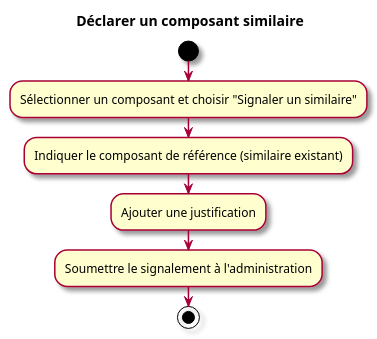
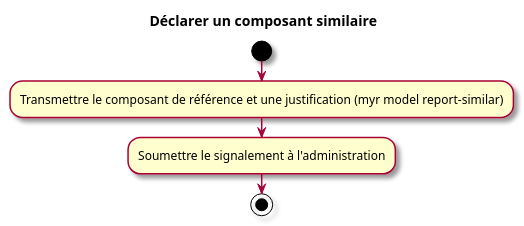
The second of 2 diagrams in specs/1-Expression/UCPI-Propriete_Intellectuelle/UCPI06.md (olivaux/myr), drawn with PlantUML before and after one commit. The commit also changed other lines of this file and 65 other files, not shown here.

````diff
--- a/specs/1-Expression/UCPI-Propriete_Intellectuelle/UCPI06.md
+++ b/specs/1-Expression/UCPI-Propriete_Intellectuelle/UCPI06.md
@@ -58,12 +60,10 @@
 ```plantuml
 @startuml
 skin rose
 title Déclarer un composant similaire
 start
-:Sélectionner un composant et choisir "Signaler un similaire";
-:Indiquer le composant de référence (similaire existant);
-:Ajouter une justification;
+:Transmettre le composant de référence et une justification (myr model report-similar);
 :Soumettre le signalement à l'administration;
 stop
 @enduml
 ```
````
